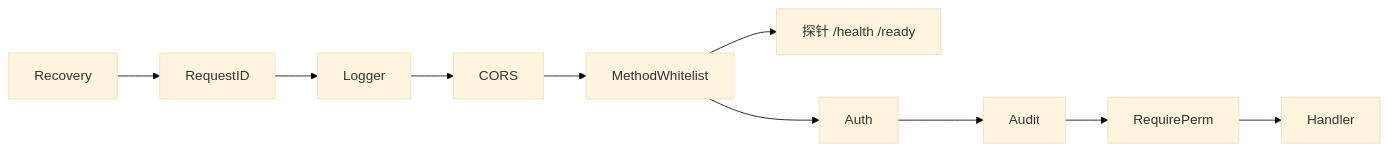
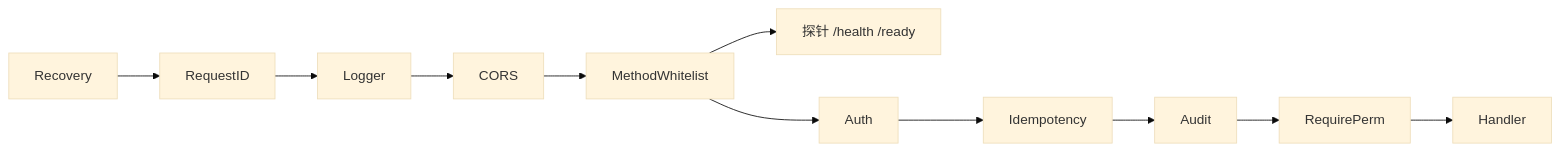
Before and after one commit to 2132691342/NovelWorkbench: the first of 2 diagrams in doc/api.md, drawn with Mermaid (base theme). The commit also changed other lines of this file and 59 other files, not shown here.

````diff
--- a/doc/api.md
+++ b/doc/api.md
@@ -76,6 +76,6 @@
 ```mermaid
 flowchart LR
   A[Recovery] --> B[RequestID] --> C[Logger] --> D[CORS] --> E[MethodWhitelist]
   E --> F["探针 /health /ready"]
-  E --> G[Auth] --> H[Audit] --> I[RequirePerm] --> J[Handler]
+  E --> G[Auth] --> G2[Idempotency] --> H[Audit] --> I[RequirePerm] --> J[Handler]
 ```
````
